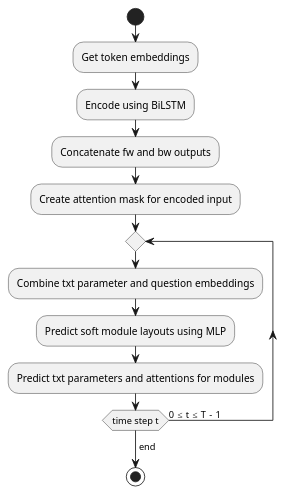
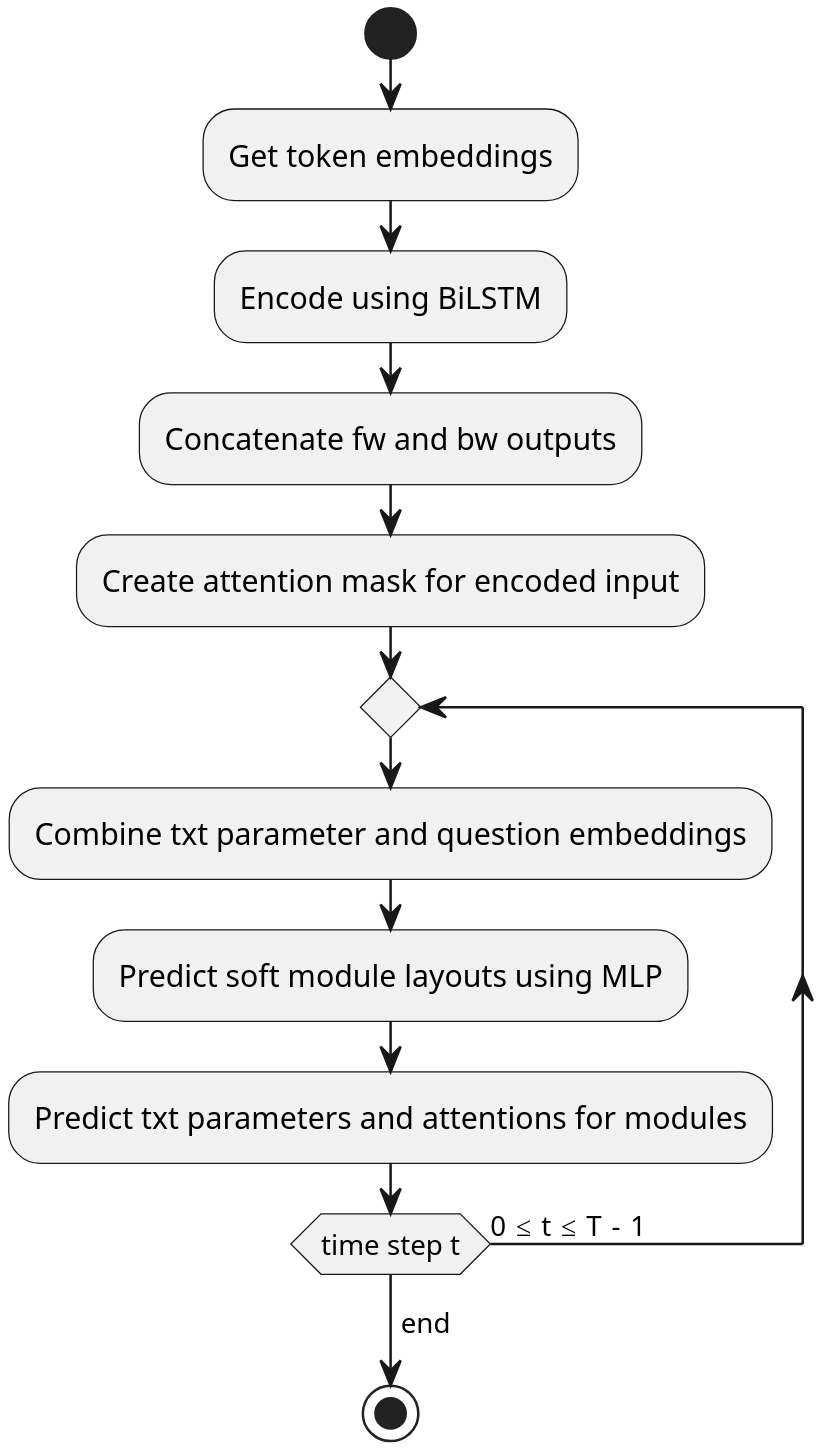
One commit to zachary-cauchi/dissertation changed the diagram in writeup/plantuml/controller-layout-base-snmn.puml. Above: the diagram before and after it, drawn with PlantUML. The commit also changed 4 other files, not shown here.

Commit message:
feat: increase uml diagram scale for better res

```diff
--- a/writeup/plantuml/controller-layout-base-snmn.puml
+++ b/writeup/plantuml/controller-layout-base-snmn.puml
@@ -1,14 +1,15 @@
 @startuml
+scale 3
 start
 :Get token embeddings;
 :Encode using BiLSTM;
 :Concatenate fw and bw outputs;
 :Create attention mask for encoded input;
 repeat
   :Combine txt parameter and question embeddings;
   :Predict soft module layouts using MLP;
   :Predict txt parameters and attentions for modules;
 repeat while (time step t) is (0 ≤ t ≤ T - 1)
 ->end;
 stop
 @enduml
```
